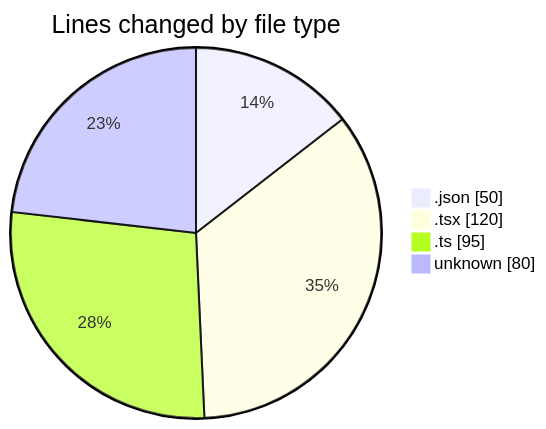
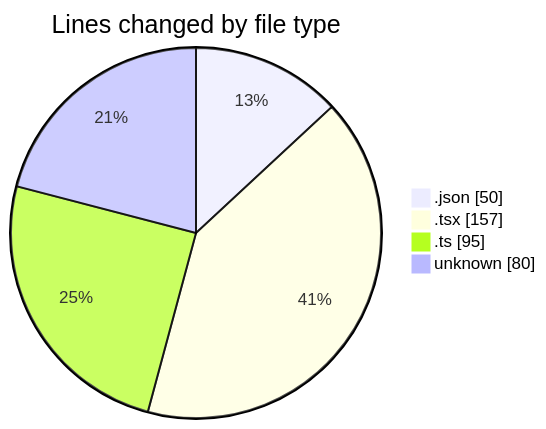
One commit to julien-gomy/code-tracking changed the first of 2 diagrams in 2025-10-29/eventscop-frontend-guide__workspace_/README.md. Above: the diagram before and after it, drawn with Mermaid. The commit also changed other lines of this file and 1 other file, not shown here.

````diff
--- a/2025-10-29/eventscop-frontend-guide__workspace_/README.md
+++ b/2025-10-29/eventscop-frontend-guide__workspace_/README.md
@@ -31,8 +31,8 @@
 ```mermaid
 pie showData
 title Lines changed by file type
 ".json" : 50
-".tsx" : 120
+".tsx" : 157
 ".ts" : 95
 "unknown" : 80
 ```
````
